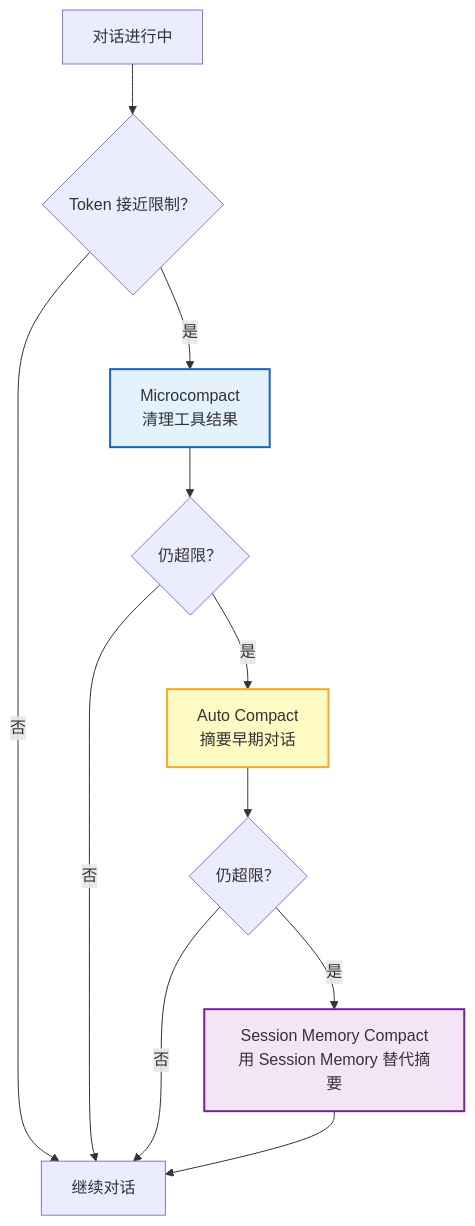
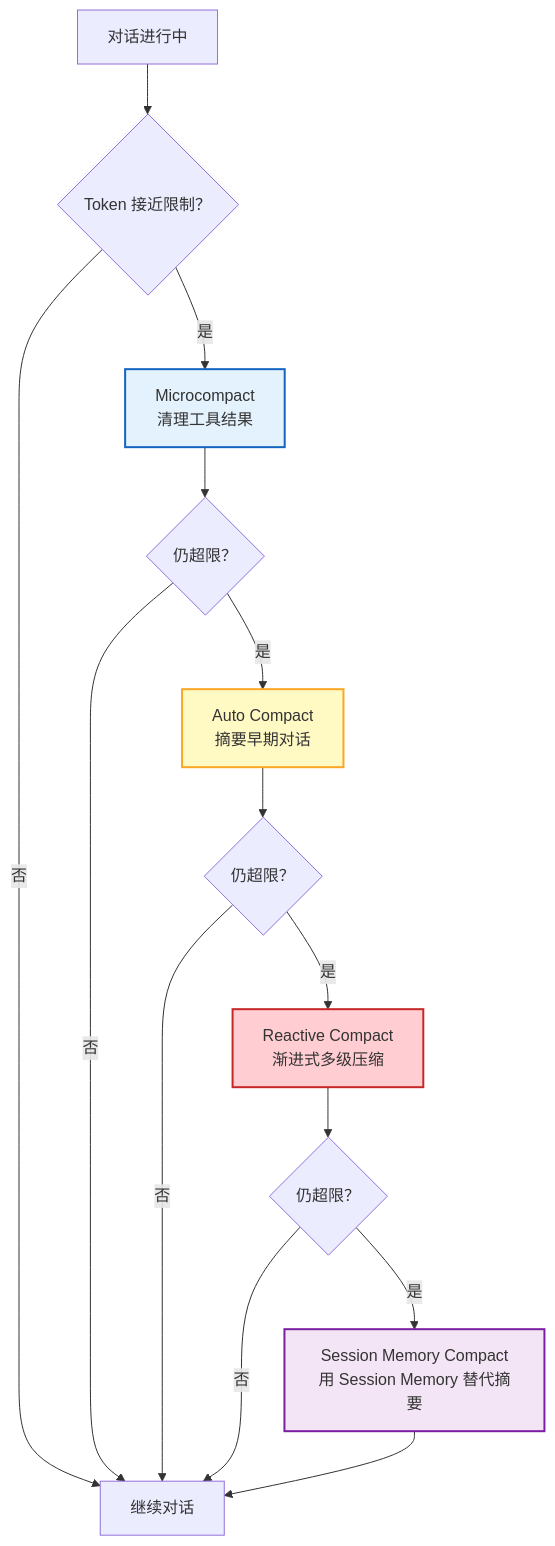
Before and after one commit to rtc-agent/docs: the eighth of 12 diagrams in src/content/docs/architecture/backend.md, drawn with Mermaid. The commit also changed other lines of this file and 19 other files, not shown here.

````diff
--- a/src/content/docs/architecture/backend.md
+++ b/src/content/docs/architecture/backend.md
@@ -197,17 +228,21 @@
 ```mermaid
 flowchart TD
     A[对话进行中] --> B{Token 接近限制？}
     B -->|否| C[继续对话]
     B -->|是| D[Microcompact<br/>清理工具结果]
     D --> E{仍超限？}
     E -->|否| C
     E -->|是| F[Auto Compact<br/>摘要早期对话]
     F --> G{仍超限？}
     G -->|否| C
-    G -->|是| H[Session Memory Compact<br/>用 Session Memory 替代摘要]
-    H --> C
+    G -->|是| H[Reactive Compact<br/>渐进式多级压缩]
+    H --> I{仍超限？}
+    I -->|否| C
+    I -->|是| J[Session Memory Compact<br/>用 Session Memory 替代摘要]
+    J --> C
 
     style D fill:#e3f2fd,stroke:#1565c0,stroke-width:2px
     style F fill:#fff9c4,stroke:#f9a825,stroke-width:2px
-    style H fill:#f3e5f5,stroke:#7b1fa2,stroke-width:2px
+    style H fill:#ffcdd2,stroke:#c62828,stroke-width:2px
+    style J fill:#f3e5f5,stroke:#7b1fa2,stroke-width:2px
 ```
````
